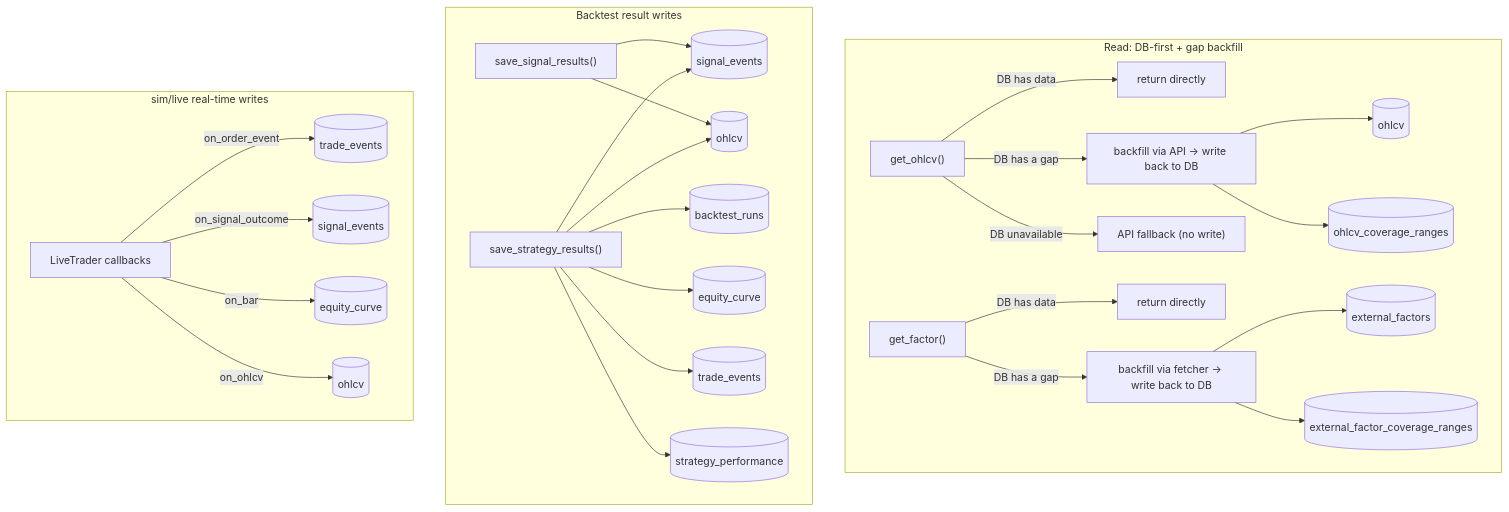
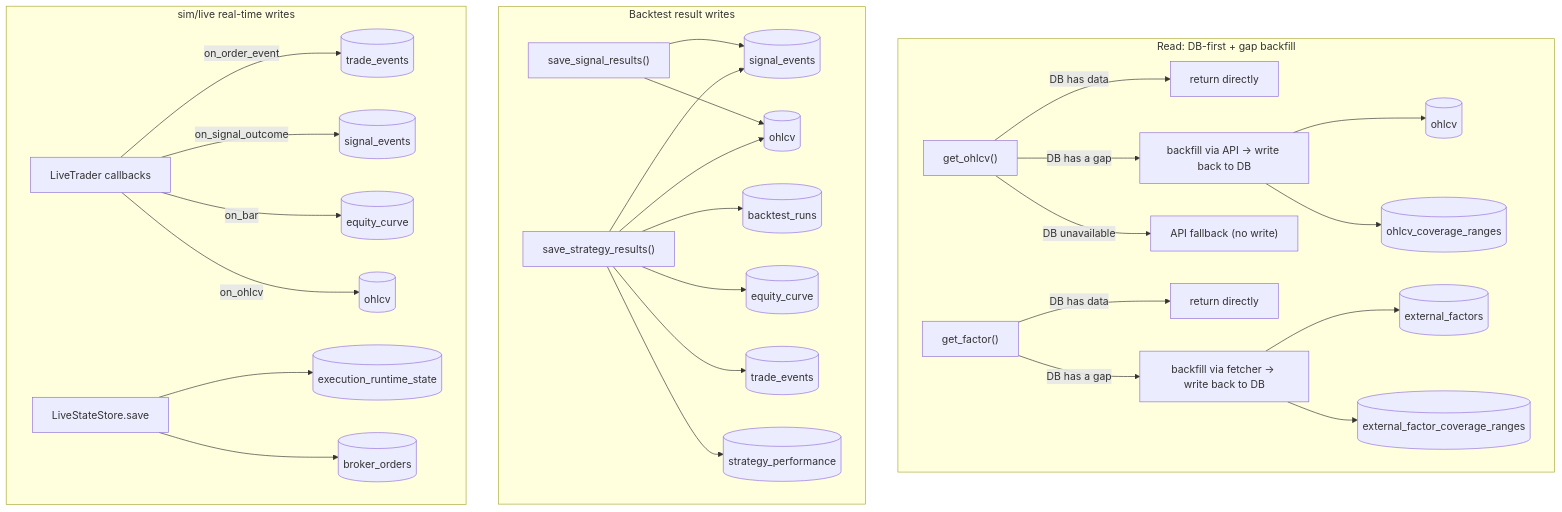
The diagram in architecture.md (awwesomeman/librae), drawn with Mermaid before and after one commit. The commit also changed other lines of this file and 17 other files, not shown here.

````diff
--- a/architecture.md
+++ b/architecture.md
@@ -497,34 +512,36 @@
 ```mermaid
 flowchart TD
     subgraph read["Read: DB-first + gap backfill"]
         get_ohlcv["get_ohlcv()"] -- "DB has data" --> direct1["return directly"]
         get_ohlcv -- "DB has a gap" --> apifill["backfill via API → write back to DB"]
         get_ohlcv -- "DB unavailable" --> fallback["API fallback (no write)"]
         apifill --> r_ohlcv[("ohlcv")]
         apifill --> r_ohlcv_cov[("ohlcv_coverage_ranges")]
 
         get_factor["get_factor()"] -- "DB has data" --> direct2["return directly"]
         get_factor -- "DB has a gap" --> factorfill["backfill via fetcher → write back to DB"]
         factorfill --> r_factors[("external_factors")]
         factorfill --> r_factor_cov[("external_factor_coverage_ranges")]
     end
 
     subgraph backtest["Backtest result writes"]
         save_signal["save_signal_results()"] --> b_signal_events[("signal_events")]
         save_signal --> b_ohlcv[("ohlcv")]
 
         save_strategy["save_strategy_results()"] --> b_backtest_runs[("backtest_runs")]
         save_strategy --> b_equity_curve[("equity_curve")]
         save_strategy --> b_trade_events[("trade_events")]
         save_strategy --> b_strategy_perf[("strategy_performance")]
         save_strategy --> b_signal_events
         save_strategy --> b_ohlcv
     end
 
     subgraph live["sim/live real-time writes"]
         callbacks["LiveTrader callbacks"] -- on_order_event --> l_trade_events[("trade_events")]
         callbacks -- on_signal_outcome --> l_signal_events[("signal_events")]
         callbacks -- on_bar --> l_equity_curve[("equity_curve")]
         callbacks -- on_ohlcv --> l_ohlcv[("ohlcv")]
+        checkpoint["LiveStateStore.save"] --> l_runtime[("execution_runtime_state")]
+        checkpoint --> l_orders[("broker_orders")]
     end
 ```
````
